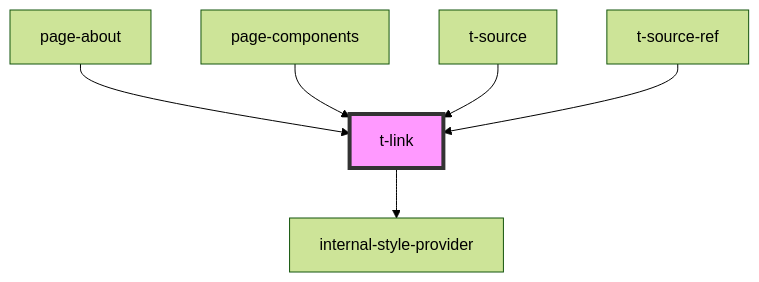
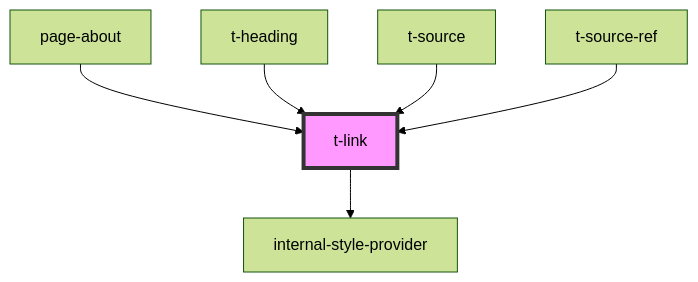
Before and after one commit to TomasEng/web-components: the diagram in packages/t-web-components/src/components/t-link/readme.md, drawn with Mermaid (forest theme). The commit also changed other lines of this file and 27 other files, not shown here.

````diff
--- a/packages/t-web-components/src/components/t-link/readme.md
+++ b/packages/t-web-components/src/components/t-link/readme.md
@@ -31,9 +31,9 @@
 ```mermaid
 graph TD;
   t-link --> internal-style-provider
   page-about --> t-link
-  page-components --> t-link
+  t-heading --> t-link
   t-source --> t-link
   t-source-ref --> t-link
   style t-link fill:#f9f,stroke:#333,stroke-width:4px
 ```
````
